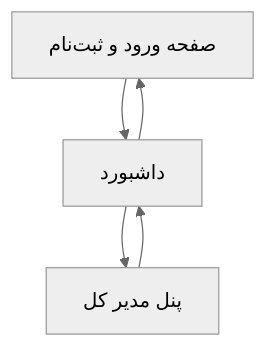
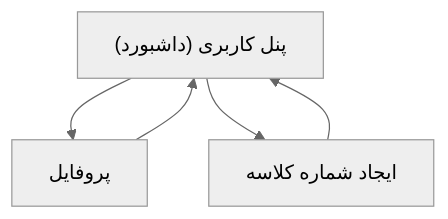
Before and after one commit to alinaghyan/kelaseh-v2: the diagram in .trae/documents/prd_app_farsi_ajax_db.md, drawn with Mermaid (neutral theme). The commit also changed other lines of this file and 8 other files, not shown here.

````diff
--- a/.trae/documents/prd_app_farsi_ajax_db.md
+++ b/.trae/documents/prd_app_farsi_ajax_db.md
@@ -37,7 +26,7 @@
 ```mermaid
 graph TD
-  A["صفحه ورود و ثبت‌نام"] --> B["داشبورد"]
-  B --> C["پنل مدیر کل"]
-  C --> B
+  A["پنل کاربری (داشبورد)"] --> B["پروفایل"]
+  A --> C["ایجاد شماره کلاسه"]
   B --> A
+  C --> A
 ```
````
